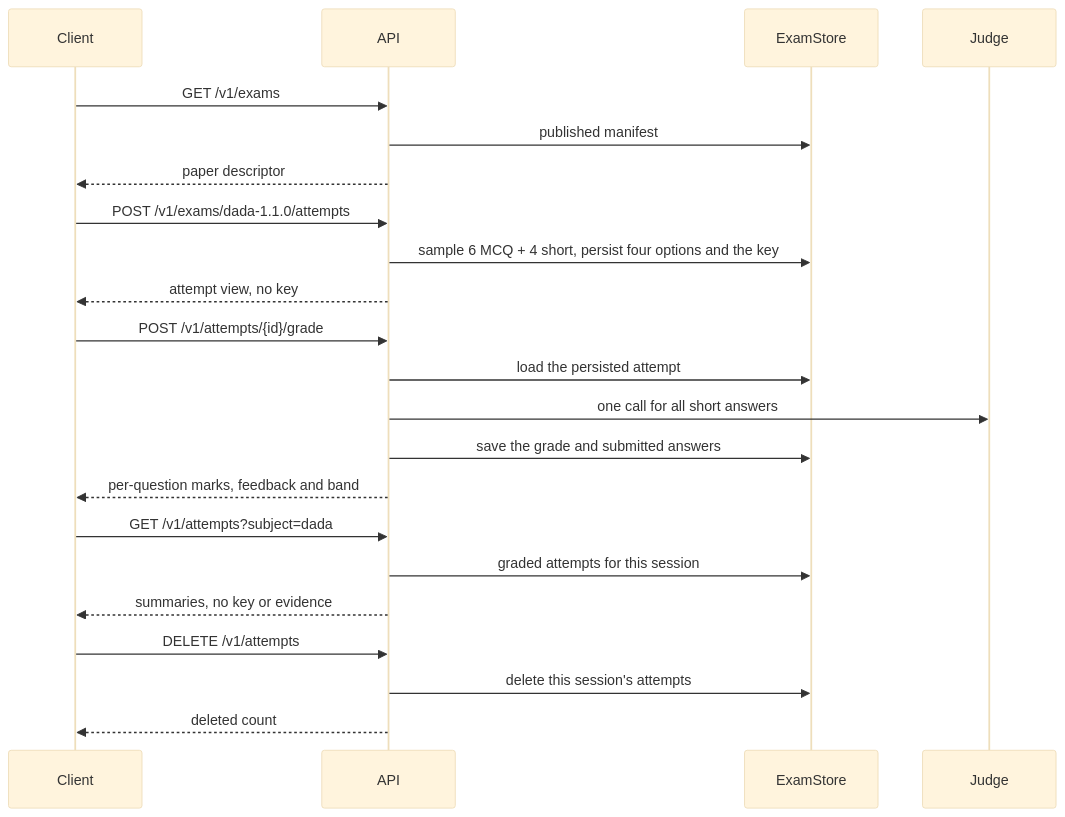
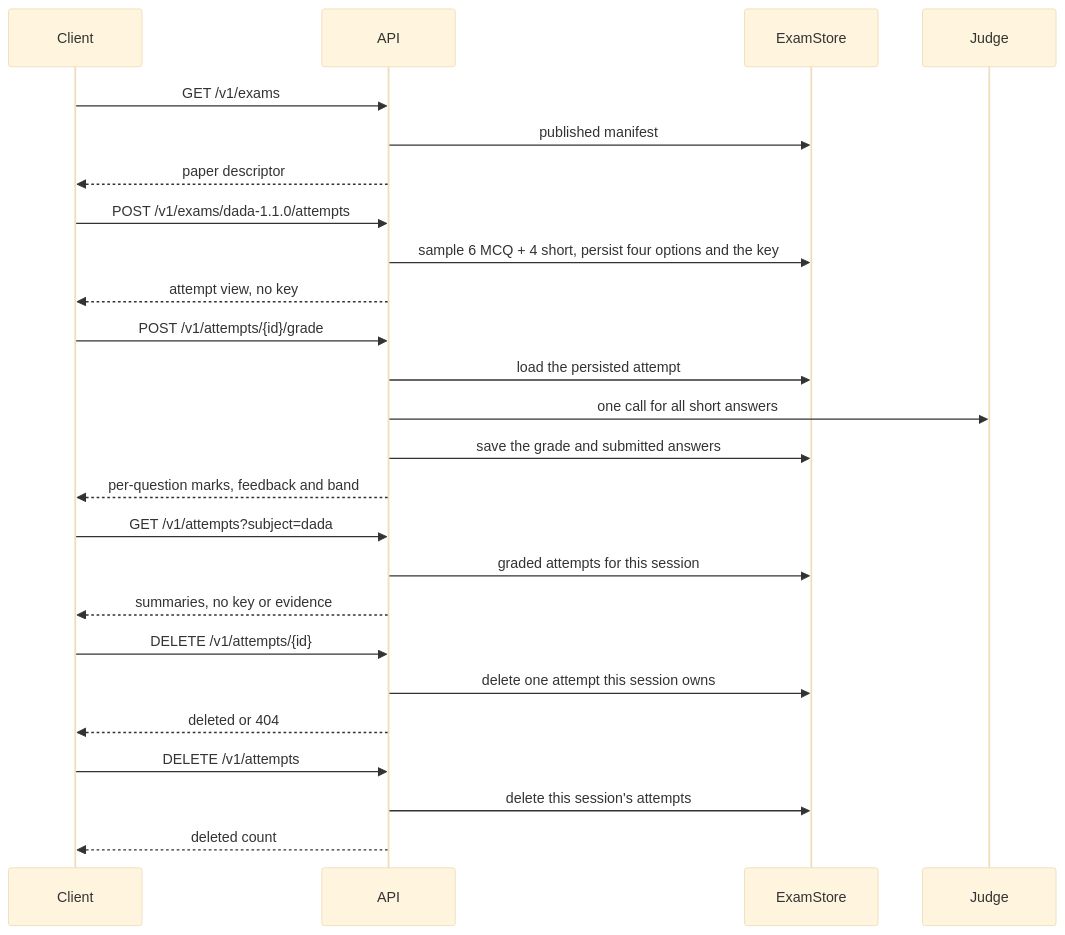
One commit to monitus2022/owl-online changed the seventh of 7 diagrams in docs/architecture.md. Above: the diagram before and after it, drawn with Mermaid (base theme). The commit also changed other lines of this file and 15 other files, not shown here.

````diff
--- a/docs/architecture.md
+++ b/docs/architecture.md
@@ -728,24 +728,27 @@
 ```mermaid
 sequenceDiagram
   participant C as Client
   participant A as API
   participant S as ExamStore
   participant J as Judge
   C->>A: GET /v1/exams
   A->>S: published manifest
   A-->>C: paper descriptor
   C->>A: POST /v1/exams/dada-1.1.0/attempts
   A->>S: sample 6 MCQ + 4 short, persist four options and the key
   A-->>C: attempt view, no key
   C->>A: POST /v1/attempts/{id}/grade
   A->>S: load the persisted attempt
   A->>J: one call for all short answers
   A->>S: save the grade and submitted answers
   A-->>C: per-question marks, feedback and band
   C->>A: GET /v1/attempts?subject=dada
   A->>S: graded attempts for this session
   A-->>C: summaries, no key or evidence
+  C->>A: DELETE /v1/attempts/{id}
+  A->>S: delete one attempt this session owns
+  A-->>C: deleted or 404
   C->>A: DELETE /v1/attempts
   A->>S: delete this session's attempts
   A-->>C: deleted count
 ```
````
